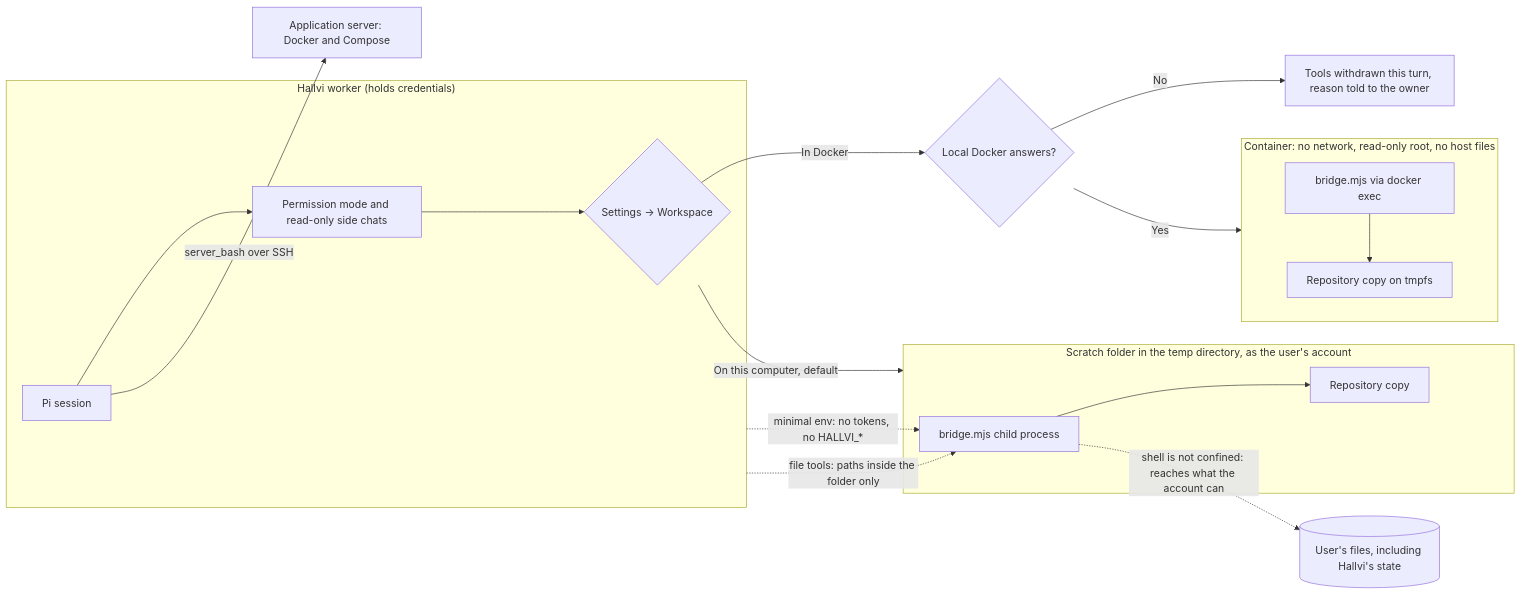
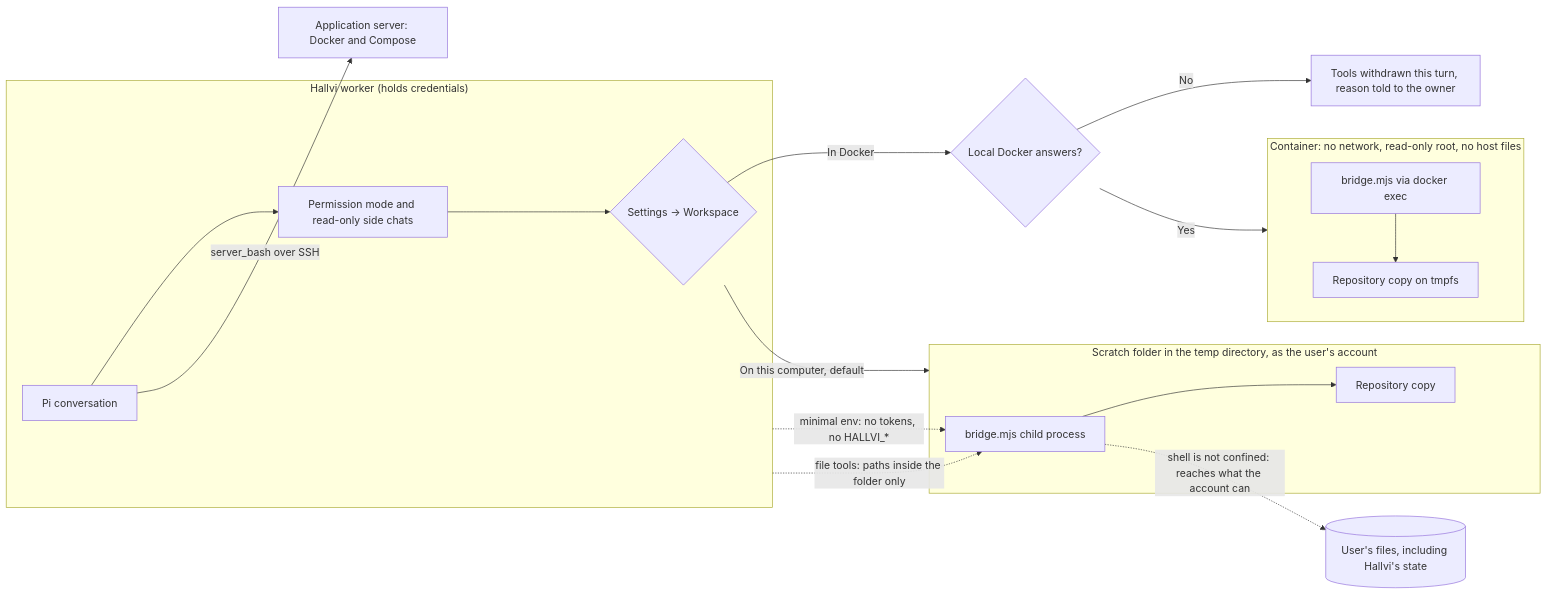
The sixth of 6 diagrams in docs/architecture.md (lustoykov/hallvi), drawn with Mermaid before and after one commit. The commit also changed other lines of this file and 11 other files, not shown here.

````diff
--- a/docs/architecture.md
+++ b/docs/architecture.md
@@ -465,21 +474,21 @@
 ```mermaid
 flowchart LR
   subgraph Controller["Hallvi worker (holds credentials)"]
-    Pi[Pi session] --> Gate[Permission mode and read-only side chats]
+    Pi[Pi conversation] --> Gate[Permission mode and read-only side chats]
     Gate --> Choice{Settings → Workspace}
   end
   Choice -->|On this computer, default| Direct
   Choice -->|In Docker| Ready{Local Docker answers?}
   Ready -->|No| Withdrawn[Tools withdrawn this turn, reason told to the owner]
   Ready -->|Yes| Container
   subgraph Direct["Scratch folder in the temp directory, as the user's account"]
     Bridge1[bridge.mjs child process] --> Copy1[Repository copy]
   end
   subgraph Container["Container: no network, read-only root, no host files"]
     Bridge2[bridge.mjs via docker exec] --> Copy2[Repository copy on tmpfs]
   end
   Controller -. "minimal env: no tokens, no HALLVI_*" .-> Bridge1
   Controller -. "file tools: paths inside the folder only" .-> Bridge1
   Bridge1 -. "shell is not confined: reaches what the account can" .-> Home[(User's files, including Hallvi's state)]
   Pi -->|server_bash over SSH| Server[Application server: Docker and Compose]
 ```
````
